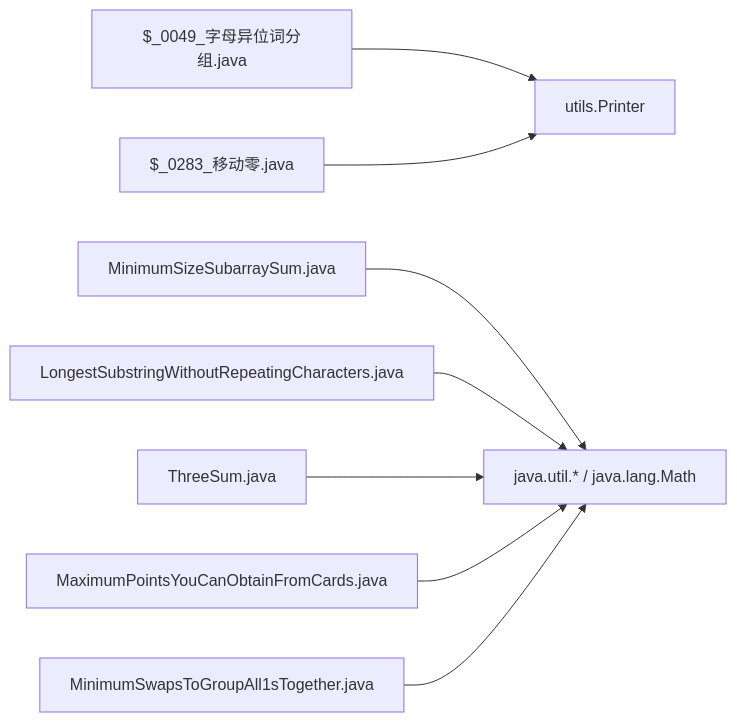
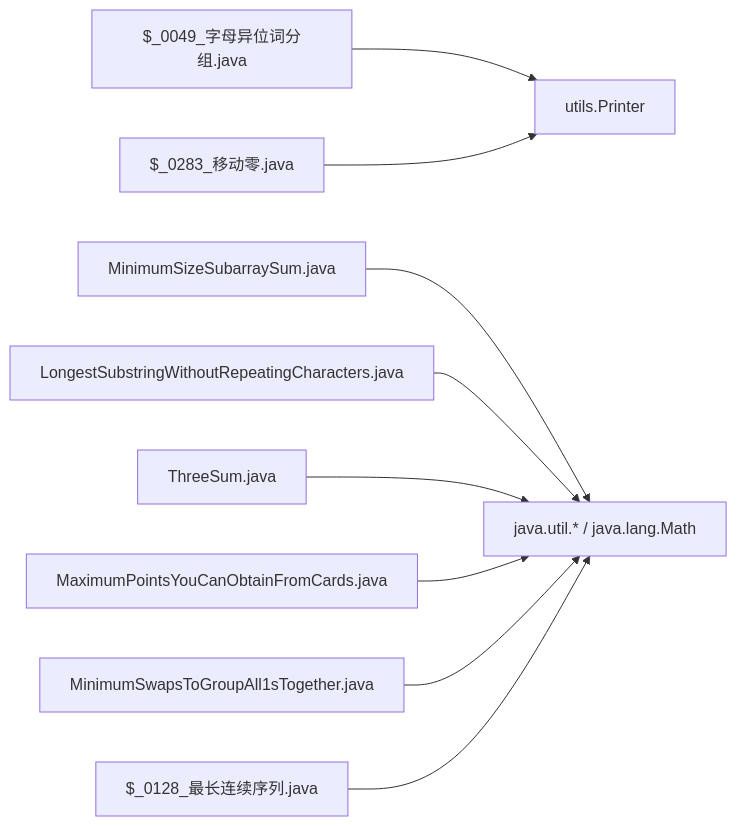
One commit to clq716/leetcode changed diagram 11 of 11 in .qoder/repowiki/zh/content/Hot100热门题解/中等题解/中等题解.md. Above: the diagram before and after it, drawn with Mermaid. The commit also changed other lines of this file and 17 other files, not shown here.

````diff
--- a/.qoder/repowiki/zh/content/Hot100热门题解/中等题解/中等题解.md
+++ b/.qoder/repowiki/zh/content/Hot100热门题解/中等题解/中等题解.md
@@ -451,10 +529,11 @@
 ```mermaid
 graph LR
 A["$_0049_字母异位词分组.java"] --> U["utils.Printer"]
 B["$_0283_移动零.java"] --> U
 C["MinimumSizeSubarraySum.java"] --> Std["java.util.* / java.lang.Math"]
 D["LongestSubstringWithoutRepeatingCharacters.java"] --> Std
 E["ThreeSum.java"] --> Std
 F["MaximumPointsYouCanObtainFromCards.java"] --> Std
 G["MinimumSwapsToGroupAll1sTogether.java"] --> Std
+H["$_0128_最长连续序列.java"] --> Std
 ```
````
